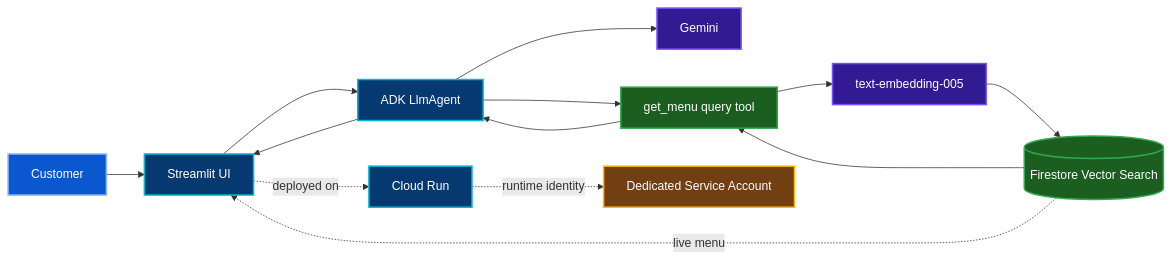
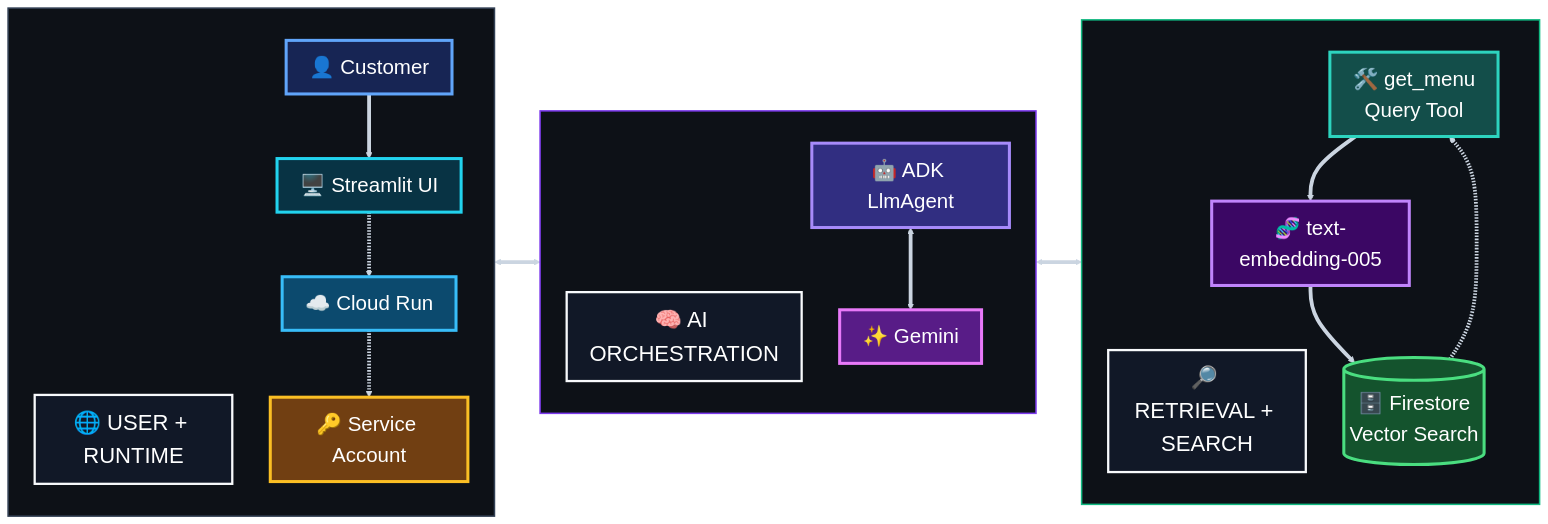
Before and after one commit to sonia11mansha415/google-cloud-genai-academy-apac-cohort-3: the diagram in 01-track-1-rag-adk-cloud-run/README.md, drawn with Mermaid.

````diff
--- a/01-track-1-rag-adk-cloud-run/README.md
+++ b/01-track-1-rag-adk-cloud-run/README.md
@@ -94,26 +94,118 @@
 ```mermaid
+%%{init: {"themeVariables": {"fontSize": "27px"}, "flowchart": {"nodeSpacing": 50, "rankSpacing": 60}}}%%
+
 flowchart LR
-    U[Customer] --> S[Streamlit UI]
-    S --> A[ADK LlmAgent]
-    A --> G[Gemini]
-    A --> T[get_menu query tool]
-    T --> E[text-embedding-005]
-    E --> F[(Firestore Vector Search)]
-    F --> T
-    T --> A
-    A --> S
-    F -. live menu .-> S
-    S -. deployed on .-> C[Cloud Run]
-    C -. runtime identity .-> I[Dedicated Service Account]
 
-    classDef user fill:#0B57D0,stroke:#8AB4F8,color:#fff,stroke-width:2px;
-    classDef app fill:#063970,stroke:#00B8D9,color:#fff,stroke-width:2px;
-    classDef model fill:#311B92,stroke:#7C4DFF,color:#fff,stroke-width:2px;
-    classDef data fill:#1B5E20,stroke:#34A853,color:#fff,stroke-width:2px;
-    classDef identity fill:#713F12,stroke:#FBBC04,color:#fff,stroke-width:2px;
+    %% =====================================================
+    %% USER + CLOUD RUNTIME
+    %% =====================================================
+    subgraph ACCESS[" "]
+        direction TB
+
+        AH["🌐 USER + RUNTIME"]
+
+        U["👤 Customer"]
+        S["🖥️ Streamlit UI"]
+
+        C["☁️ Cloud Run"]
+        I["🔑 Service Account"]
+
+        U ==> S
+        S -.-> C
+        C -.-> I
+    end
+
+
+    %% =====================================================
+    %% AI ORCHESTRATION
+    %% =====================================================
+    subgraph AI[" "]
+        direction TB
+
+        BH["🧠 AI ORCHESTRATION"]
+
+        A["🤖 ADK LlmAgent"]
+        G["✨ Gemini"]
+
+        A <==> G
+    end
+
+
+    %% =====================================================
+    %% RETRIEVAL + VECTOR SEARCH
+    %% =====================================================
+    subgraph DATA[" "]
+        direction TB
+
+        CH["🔎 RETRIEVAL + SEARCH"]
+
+        T["🛠️ get_menu<br/>Query Tool"]
+
+        E["🧬 text-embedding-005"]
+
+        F[("🗄️ Firestore<br/>Vector Search")]
+
+        T ==> E
+        E ==> F
+        F -.-> T
+    end
+
+
+    %% =====================================================
+    %% MAIN APPLICATION FLOW
+    %% =====================================================
+    S <==> A
+    A <==> T
+
+
+    %% =====================================================
+    %% LARGE PREMIUM TYPOGRAPHY
+    %% =====================================================
+    classDef header fill:#111827,stroke:#f8fafc,stroke-width:3px,color:#ffffff,font-size:29px;
+
+    classDef user fill:#172554,stroke:#60a5fa,stroke-width:4px,color:#ffffff,font-size:27px;
+    classDef ui fill:#083344,stroke:#22d3ee,stroke-width:4px,color:#ffffff,font-size:27px;
+
+    classDef agent fill:#312e81,stroke:#a78bfa,stroke-width:4px,color:#ffffff,font-size:27px;
+    classDef model fill:#581c87,stroke:#e879f9,stroke-width:4px,color:#ffffff,font-size:27px;
+
+    classDef tool fill:#134e4a,stroke:#2dd4bf,stroke-width:4px,color:#ffffff,font-size:27px;
+    classDef embedding fill:#3b0764,stroke:#c084fc,stroke-width:4px,color:#ffffff,font-size:27px;
+    classDef database fill:#14532d,stroke:#4ade80,stroke-width:4px,color:#ffffff,font-size:27px;
+
+    classDef cloud fill:#0c4a6e,stroke:#38bdf8,stroke-width:4px,color:#ffffff,font-size:27px;
+    classDef identity fill:#713f12,stroke:#fbbf24,stroke-width:4px,color:#ffffff,font-size:27px;
+
+
+    %% =====================================================
+    %% APPLY STYLES
+    %% =====================================================
+    class AH,BH,CH header;
+
     class U user;
-    class S,A,C app;
-    class G,E model;
-    class T,F data;
+    class S ui;
+
+    class A agent;
+    class G model;
+
+    class T tool;
+    class E embedding;
+    class F database;
+
+    class C cloud;
     class I identity;
+
+
+    %% =====================================================
+    %% CONTAINERS
+    %% =====================================================
+    style ACCESS fill:#0d1117,stroke:#334155,stroke-width:2px
+    style AI fill:#0d1117,stroke:#7c3aed,stroke-width:2px
+    style DATA fill:#0d1117,stroke:#10b981,stroke-width:2px
+
+
+    %% =====================================================
+    %% LARGE CONNECTORS
+    %% =====================================================
+    linkStyle default stroke:#cbd5e1,stroke-width:5px;
 ```
````
